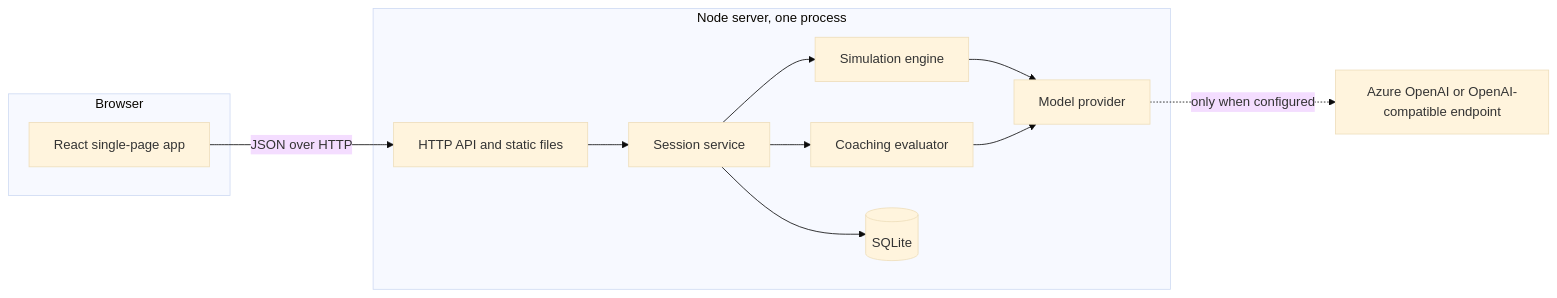
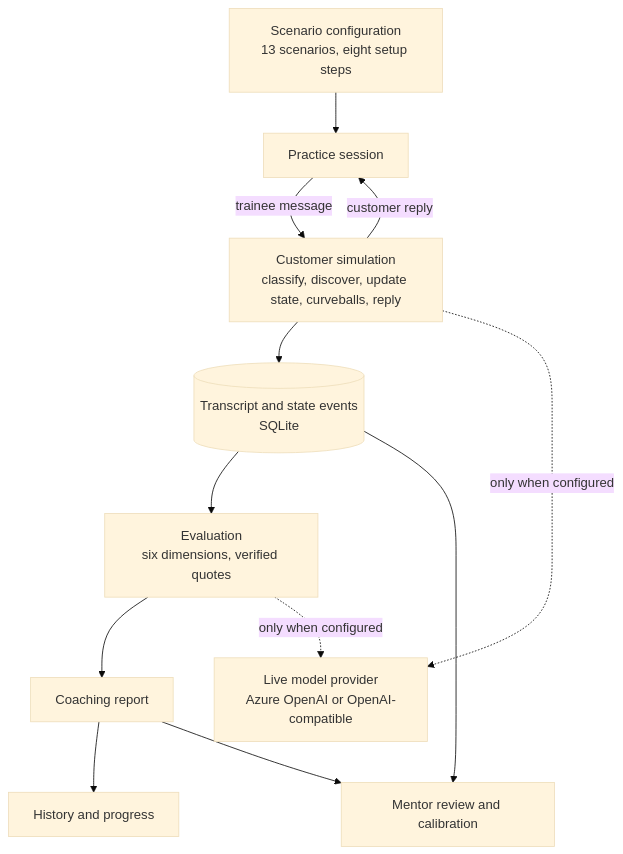
Before and after one commit to snowjug/Firefly: the diagram in README.md, drawn with Mermaid (base theme). The commit also changed other lines of this file and 6 other files, not shown here.

````diff
--- a/README.md
+++ b/README.md
@@ -105,22 +216,14 @@
 ```mermaid
-flowchart LR
-  subgraph Browser
-    UI[React single-page app]
-  end
-  subgraph Server["Node server, one process"]
-    API[HTTP API and static files]
-    SVC[Session service]
-    ENG[Simulation engine]
-    EVAL[Coaching evaluator]
-    PROV[Model provider]
-    DB[(SQLite)]
-  end
-  UI -->|JSON over HTTP| API
-  API --> SVC
-  SVC --> ENG
-  SVC --> EVAL
-  ENG --> PROV
-  EVAL --> PROV
-  SVC --> DB
-  PROV -.->|only when configured| LLM[Azure OpenAI or OpenAI-compatible endpoint]
+flowchart TD
+  A["Scenario configuration<br/>13 scenarios, eight setup steps"] --> B[Practice session]
+  B -->|trainee message| C["Customer simulation<br/>classify, discover, update state, curveballs, reply"]
+  C -->|customer reply| B
+  C --> D[("Transcript and state events<br/>SQLite")]
+  D --> E["Evaluation<br/>six dimensions, verified quotes"]
+  E --> F[Coaching report]
+  F --> G[History and progress]
+  D --> H[Mentor review and calibration]
+  F --> H
+  C -.->|only when configured| P["Live model provider<br/>Azure OpenAI or OpenAI-compatible"]
+  E -.->|only when configured| P
 ```
````
